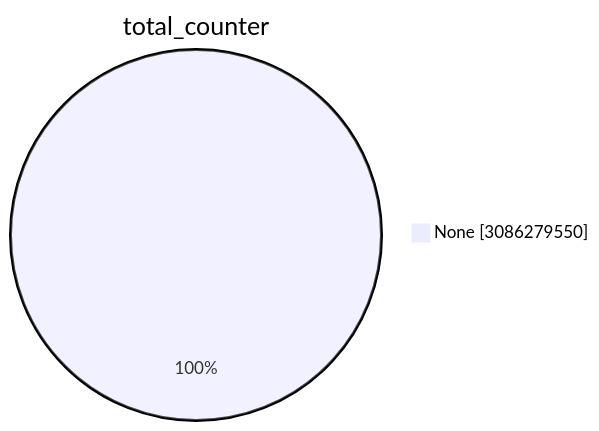
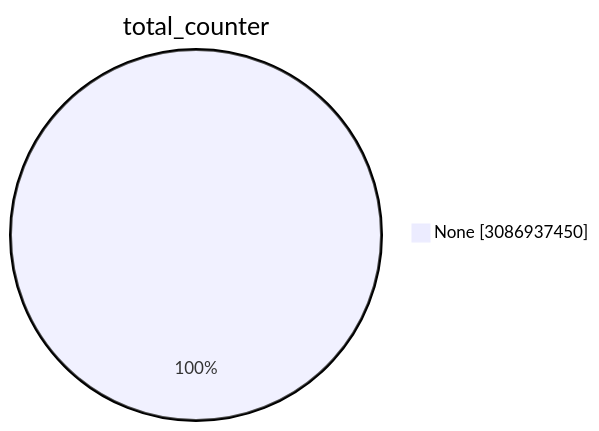
Before and after one commit to christiankrug/ctmonitor_visualization: the first of 15 diagrams in TOTAL/README.md, drawn with Mermaid. The commit also changed other lines of this file, not shown here.

````diff
--- a/TOTAL/README.md
+++ b/TOTAL/README.md
@@ -1,5 +1,5 @@
 ```mermaid
 pie showData
 title total_counter
-"None" :3086279550
+"None" :3086937450
 ```
````
